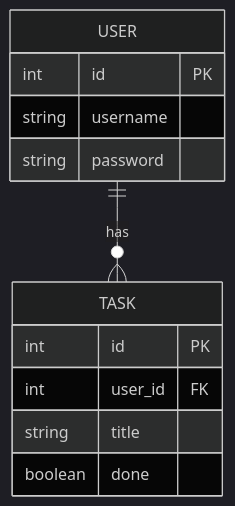
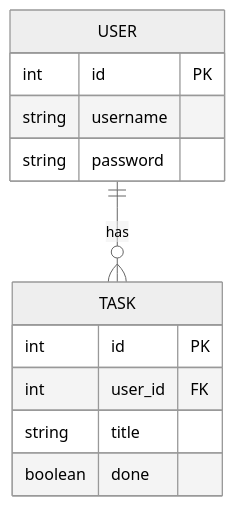
The diagram in README.md (youssefaltai/task50), drawn with Mermaid before and after one commit.

Commit message:
Use neutral theme for mermaid

````diff
--- a/README.md
+++ b/README.md
@@ -114,20 +114,20 @@
 ```mermaid
 %%{init:{
-  'theme': 'dark'
+  'theme': 'neutral'
 }}%%
 erDiagram
   USER ||--o{ TASK : has
 
   USER {
     int id PK
     string username
     string password
   }
 
   TASK {
     int id PK
     int user_id FK
     string title
     boolean done
   }
 ```
````
